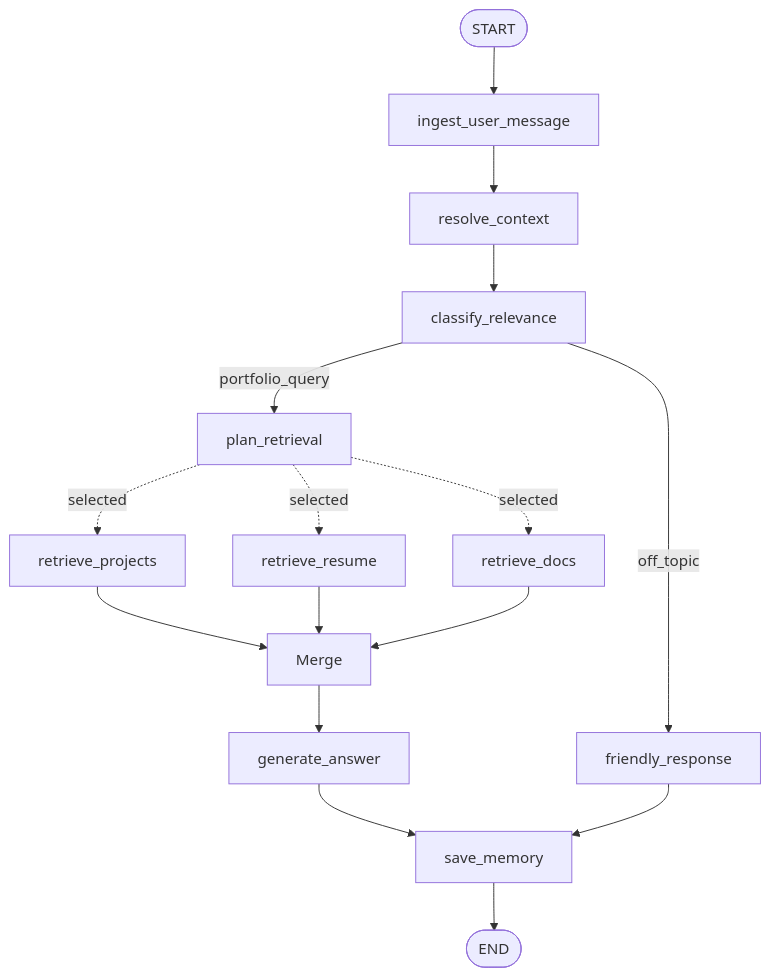
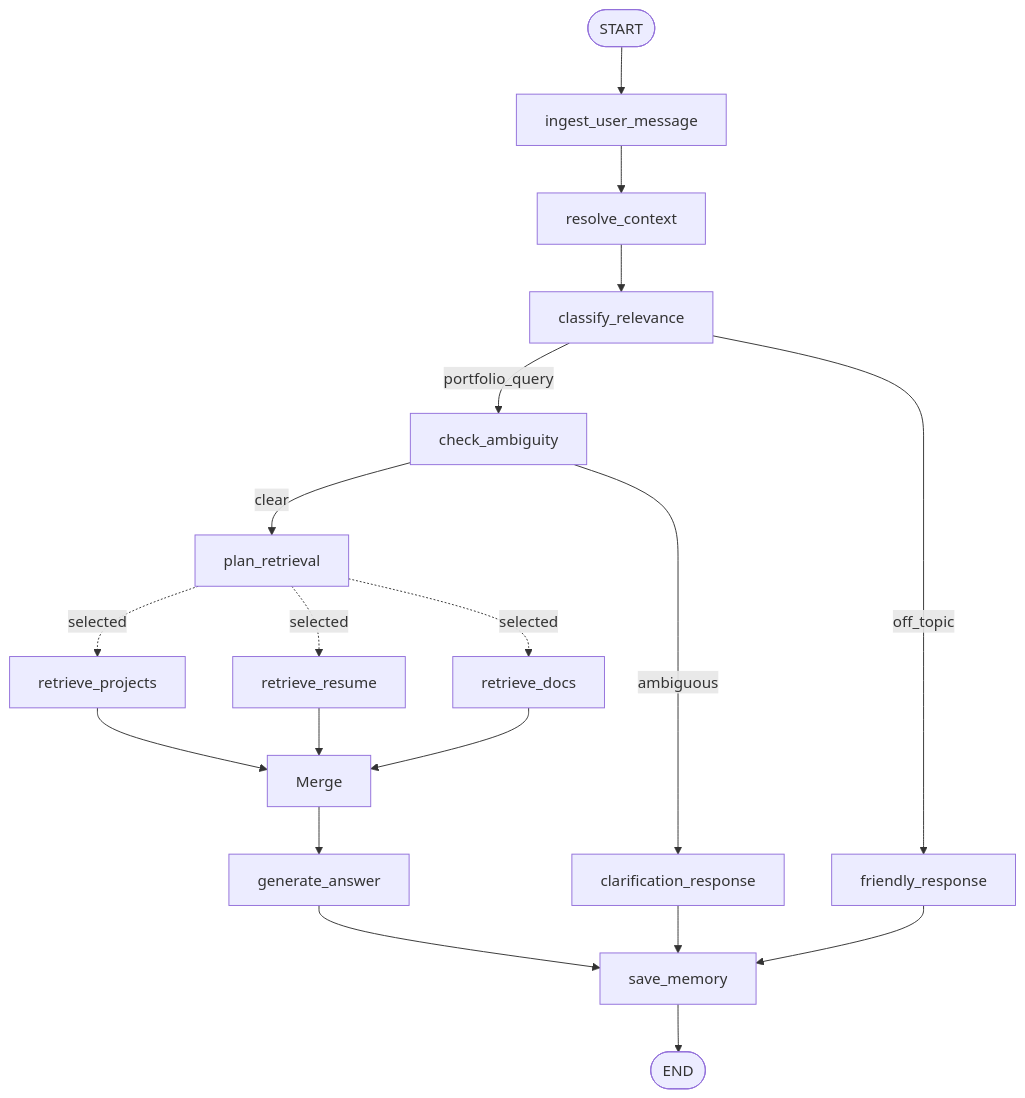
One commit to yubi00/portfolio-assistant-langgraph changed the second of 2 diagrams in LANGGRAPH_ARCHITECTURE.md. Above: the diagram before and after it, drawn with Mermaid. The commit also changed other lines of this file and 10 other files, not shown here.

Commit message:
Add clarification guard rail for ambiguous follow-ups

````diff
--- a/LANGGRAPH_ARCHITECTURE.md
+++ b/LANGGRAPH_ARCHITECTURE.md
@@ -69,20 +70,24 @@
 ```mermaid
 flowchart TD
     START([START]) --> Ingest[ingest_user_message]
     Ingest --> Resolve[resolve_context]
     Resolve --> Classify[classify_relevance]
 
-    Classify -->|portfolio_query| Plan[plan_retrieval]
+    Classify -->|portfolio_query| Ambiguity[check_ambiguity]
     Classify -->|off_topic| Friendly[friendly_response]
+
+    Ambiguity -->|clear| Plan[plan_retrieval]
+    Ambiguity -->|ambiguous| Clarify[clarification_response]
 
     Plan -. selected .-> Projects[retrieve_projects]
     Plan -. selected .-> Resume[retrieve_resume]
     Plan -. selected .-> Docs[retrieve_docs]
     Projects --> Merge
     Resume --> Merge
     Docs --> Merge
     Merge --> Answer[generate_answer]
     Answer --> Save[save_memory]
+    Clarify --> Save
     Friendly --> Save
     Save --> END([END])
 ```
````
